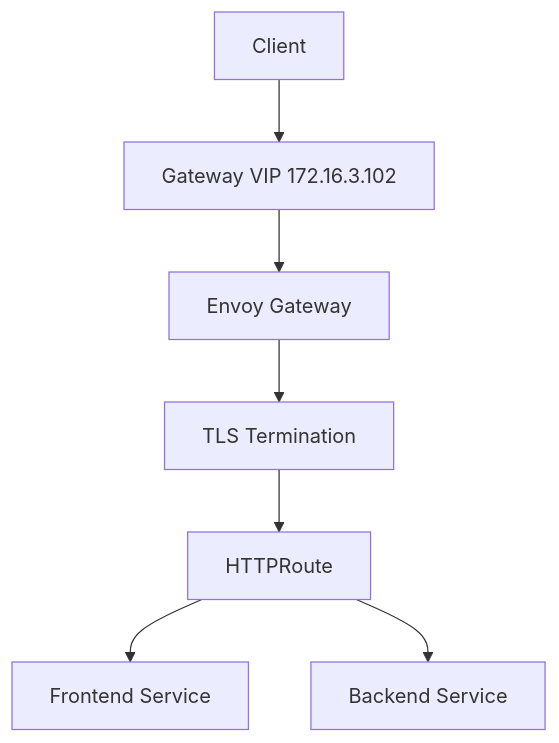
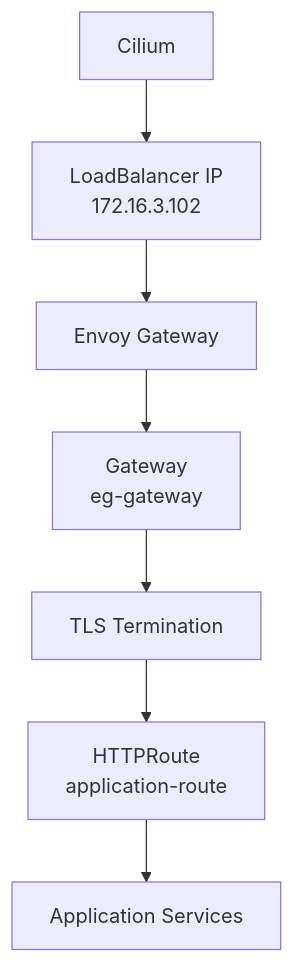
Before and after one commit to ahmed-sayed-devops/microservices-platform-gitops: the first of 18 diagrams in docs/03-gateway-api/README.md, drawn with Mermaid. The commit also changed other lines of this file, not shown here.

Commit message:
docs: update Gateway API documentation with TLS

````diff
--- a/docs/03-gateway-api/README.md
+++ b/docs/03-gateway-api/README.md
@@ -36,17 +26,17 @@
 ```mermaid
 graph TD
-    Client[Client]
-    VIP[Gateway VIP 172.16.3.102]
-    Envoy[Envoy Gateway]
-    TLS[TLS Termination]
-    Route[HTTPRoute]
-    Frontend[Frontend Service]
-    Backend[Backend Service]
+    CILIUM["Cilium"]
+    LBIP["LoadBalancer IP<br/>172.16.3.102"]
+    ENVOY["Envoy Gateway"]
+    GATEWAY["Gateway<br/>eg-gateway"]
+    TLS["TLS Termination"]
+    ROUTE["HTTPRoute<br/>application-route"]
+    SERVICES["Application Services"]
 
-    Client --> VIP
-    VIP --> Envoy
-    Envoy --> TLS
-    TLS --> Route
-    Route --> Frontend
-    Route --> Backend
+    CILIUM --> LBIP
+    LBIP --> ENVOY
+    ENVOY --> GATEWAY
+    GATEWAY --> TLS
+    TLS --> ROUTE
+    ROUTE --> SERVICES
 ```
````
